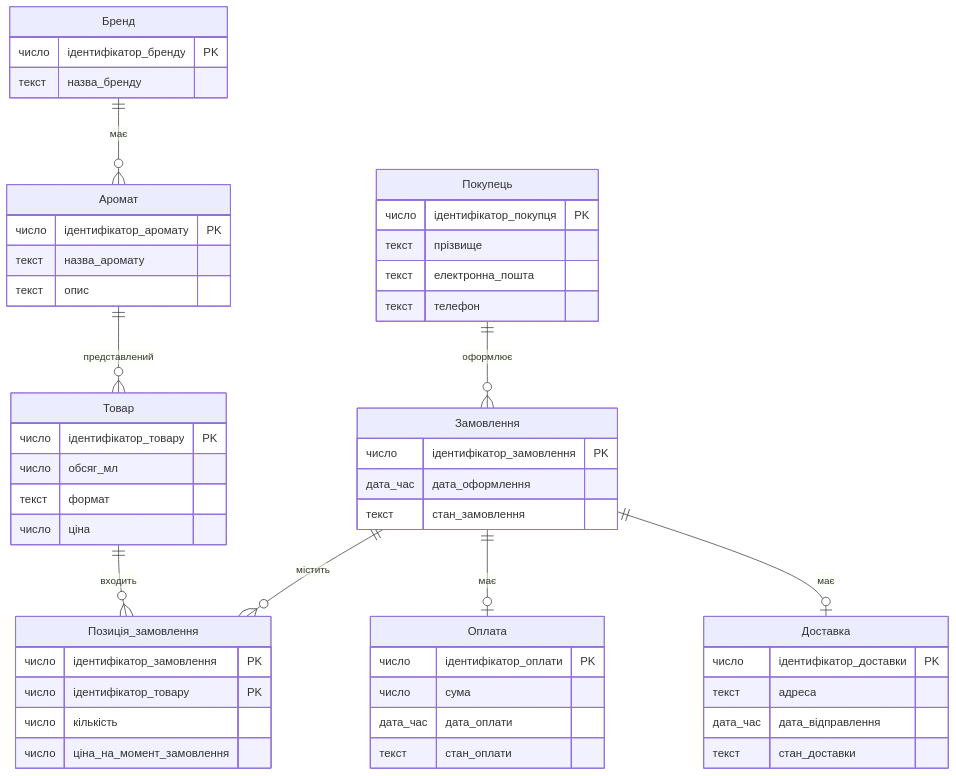
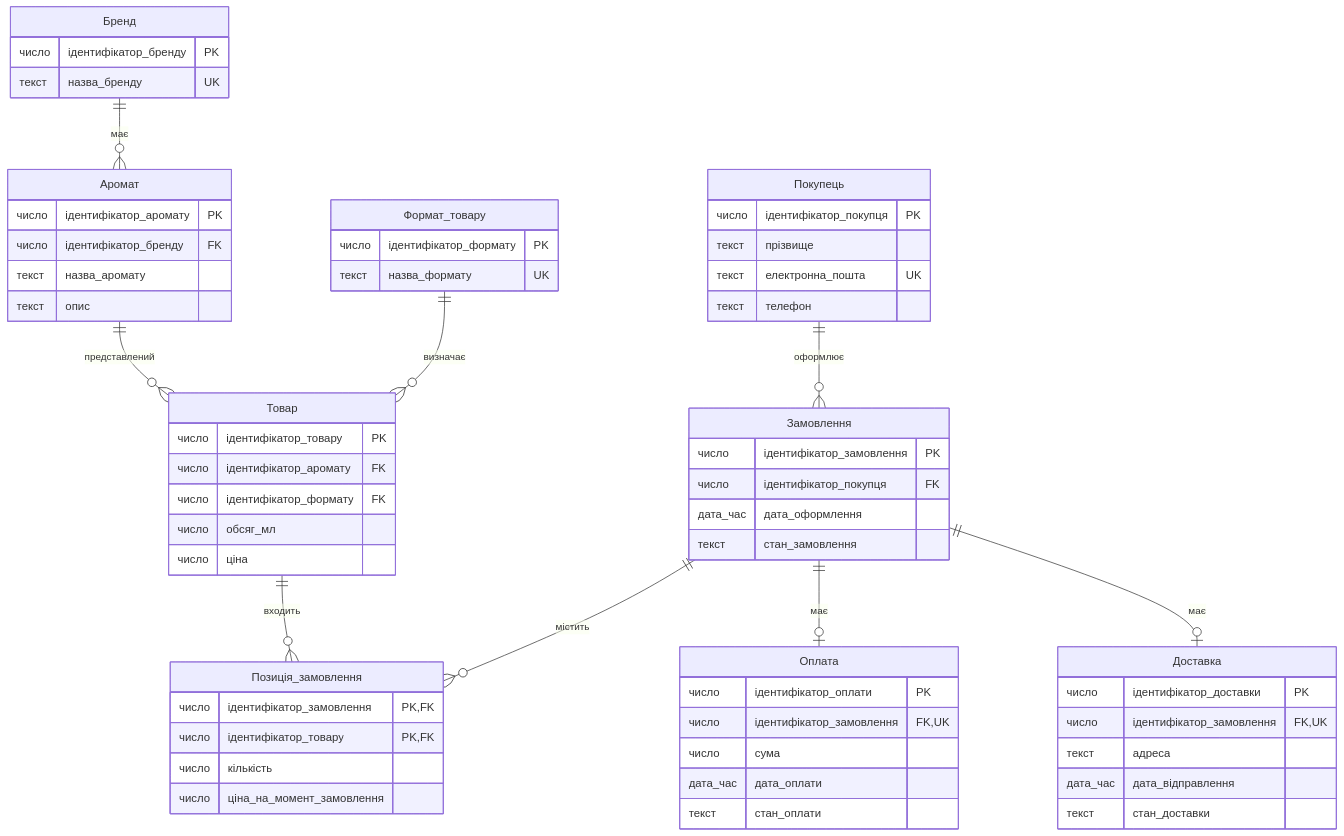
Before and after one commit to LyashenkoVersalia/obdz: the first of 2 diagrams in lab-01/README.md, drawn with Mermaid. The commit also changed other lines of this file and 2 other files, not shown here.

````diff
--- a/lab-01/README.md
+++ b/lab-01/README.md
@@ -45,62 +47,73 @@
 ```mermaid
 erDiagram
     Бренд ||--o{ Аромат : "має"
     Аромат ||--o{ Товар : "представлений"
+    Формат_товару ||--o{ Товар : "визначає"
     Покупець ||--o{ Замовлення : "оформлює"
     Замовлення ||--o{ Позиція_замовлення : "містить"
     Товар ||--o{ Позиція_замовлення : "входить"
     Замовлення ||--o| Оплата : "має"
     Замовлення ||--o| Доставка : "має"
 
     Бренд {
         число ідентифікатор_бренду PK
-        текст назва_бренду
+        текст назва_бренду UK
     }
 
     Аромат {
         число ідентифікатор_аромату PK
+        число ідентифікатор_бренду FK
         текст назва_аромату
         текст опис
     }
 
+    Формат_товару {
+        число ідентифікатор_формату PK
+        текст назва_формату UK
+    }
+
     Товар {
         число ідентифікатор_товару PK
+        число ідентифікатор_аромату FK
+        число ідентифікатор_формату FK
         число обсяг_мл
-        текст формат
         число ціна
     }
 
     Покупець {
         число ідентифікатор_покупця PK
         текст прізвище
-        текст електронна_пошта
+        текст електронна_пошта UK
         текст телефон
     }
 
     Замовлення {
         число ідентифікатор_замовлення PK
+        число ідентифікатор_покупця FK
         дата_час дата_оформлення
         текст стан_замовлення
     }
 
     Позиція_замовлення {
-        число ідентифікатор_замовлення PK
-        число ідентифікатор_товару PK
+        число ідентифікатор_замовлення PK, FK
+        число ідентифікатор_товару PK, FK
         число кількість
         число ціна_на_момент_замовлення
     }
 
     Оплата {
         число ідентифікатор_оплати PK
+        число ідентифікатор_замовлення FK, UK
         число сума
         дата_час дата_оплати
         текст стан_оплати
     }
 
     Доставка {
         число ідентифікатор_доставки PK
+        число ідентифікатор_замовлення FK, UK
         текст адреса
         дата_час дата_відправлення
         текст стан_доставки
     }
 ```
````
